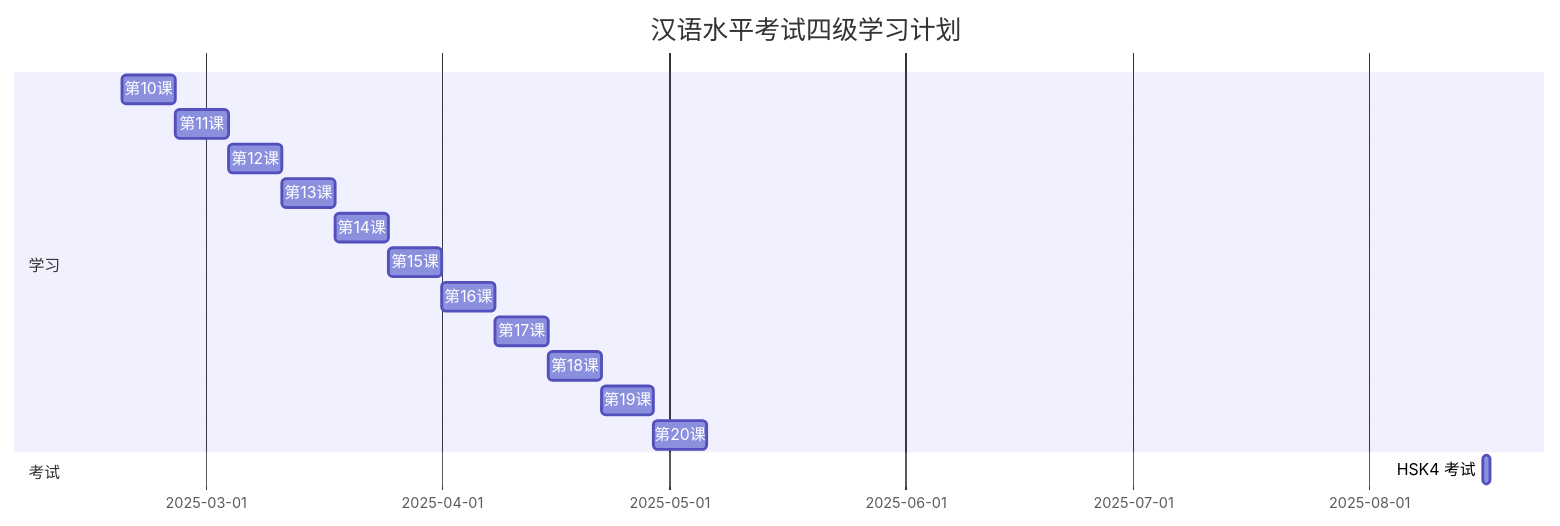
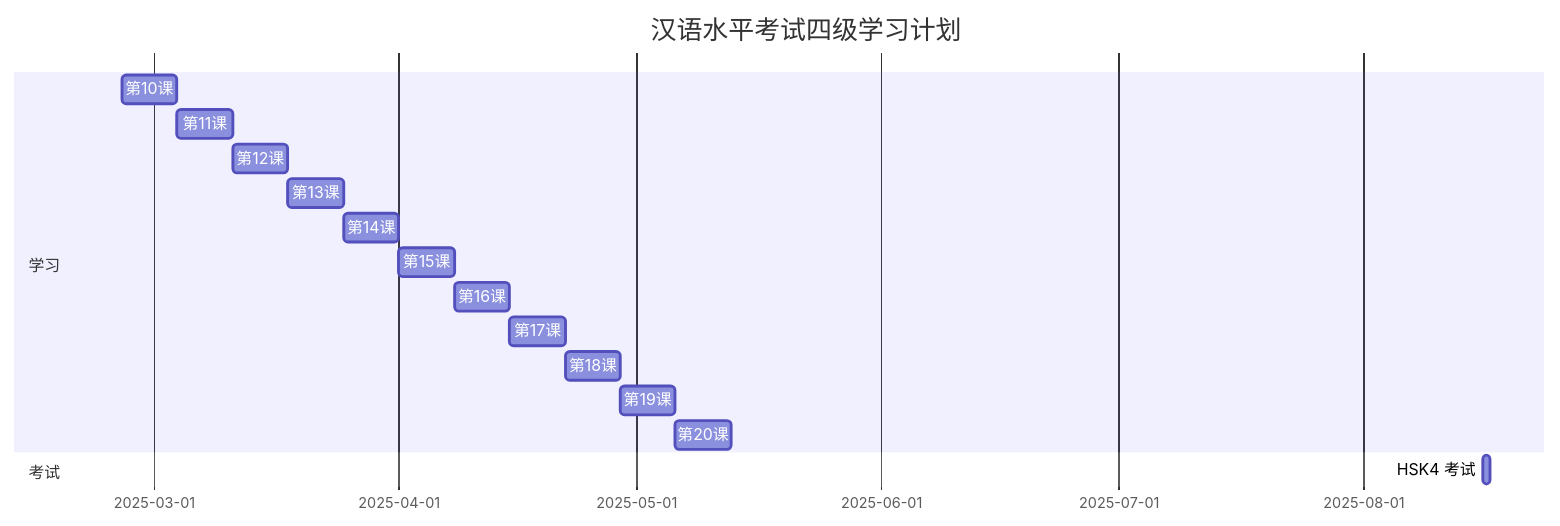
One commit to MoisesAdame/obsidian-notes changed the diagram in School/Transformación Digital/Notas/Clase 9.md. Above: the diagram before and after it, drawn with Mermaid.

Commit message:
vault backup: 2025-02-25 16:39:23

````diff
--- a/School/Transformación Digital/Notas/Clase 9.md
+++ b/School/Transformación Digital/Notas/Clase 9.md
@@ -8,19 +8,20 @@
 ```mermaid
 gantt
     title 汉语水平考试四级学习计划
     dateFormat YYYY-MM-DD
     section 学习
-    第10课 : 2025-02-18, 2025-02-25
-    第11课 : 2025-02-25, 2025-03-04
-    第12课 : 2025-03-04, 2025-03-11
-    第13课 : 2025-03-11, 2025-03-18
-    第14课 : 2025-03-18, 2025-03-25
-    第15课 : 2025-03-25, 2025-04-01
-    第16课 : 2025-04-01, 2025-04-08
-    第17课 : 2025-04-08, 2025-04-15
-    第18课 : 2025-04-15, 2025-04-22
-    第19课 : 2025-04-22, 2025-04-29
-    第20课 : 2025-04-29, 2025-05-06
+    第10课 : 2025-02-25, 2025-03-04
+    第11课 : 2025-03-04, 2025-03-11
+    第12课 : 2025-03-11, 2025-03-18
+    第13课 : 2025-03-18, 2025-03-25
+    第14课 : 2025-03-25, 2025-04-01
+    第15课 : 2025-04-01, 2025-04-08
+    第16课 : 2025-04-08, 2025-04-15
+    第17课 : 2025-04-15, 2025-04-22
+    第18课 : 2025-04-22, 2025-04-29
+    第19课 : 2025-04-29, 2025-05-06
+    第20课 : 2025-05-06, 2025-05-13
     section 考试
     HSK4 考试 : 2025-08-16, 2025-08-17
+
 ```
````
